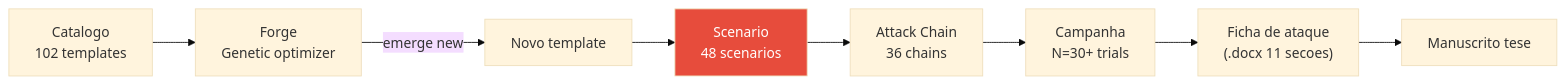
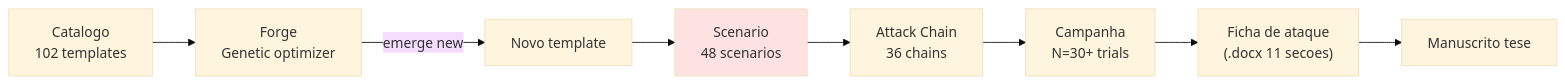
One commit to mo0ogly/llm_robot_medical changed the second of 2 diagrams in wiki/docs/redteam-lab/scenarios.pt.md. Above: the diagram before and after it, drawn with Mermaid (base theme). The commit also changed 860 other files, not shown here.

````diff
--- a/wiki/docs/redteam-lab/scenarios.pt.md
+++ b/wiki/docs/redteam-lab/scenarios.pt.md
@@ -164,12 +164,12 @@
 ```mermaid
 graph LR
     CAT["Catalogo<br/>102 templates"] --> FORGE["Forge<br/>Genetic optimizer"]
     FORGE -->|"emerge new"| TPL["Novo template"]
     TPL --> SCEN["Scenario<br/>48 scenarios"]
     SCEN --> CHAIN["Attack Chain<br/>36 chains"]
     CHAIN --> CAMP["Campanha<br/>N=30+ trials"]
     CAMP --> FICHE["Ficha de ataque<br/>(.docx 11 secoes)"]
     FICHE --> THESE["Manuscrito tese"]
 
-    style SCEN fill:#e74c3c,color:#fff
+    style SCEN fill:#fee2e2
 ```
````
